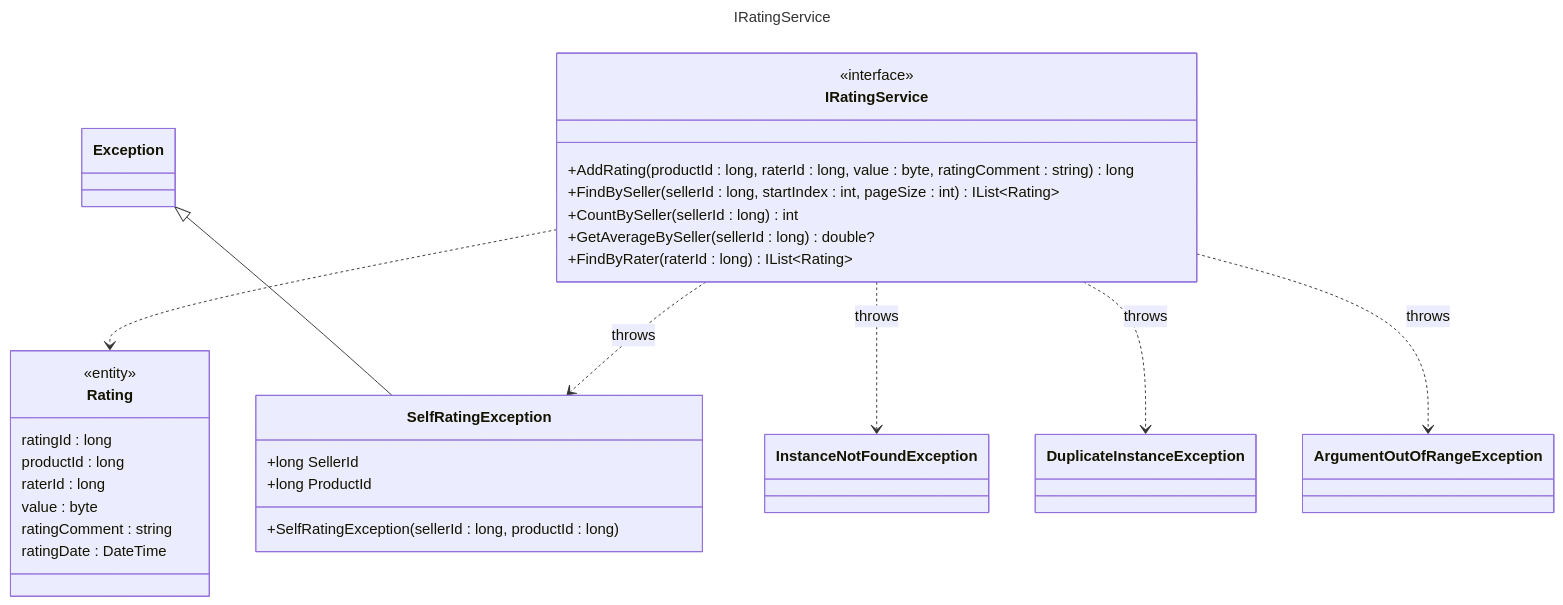
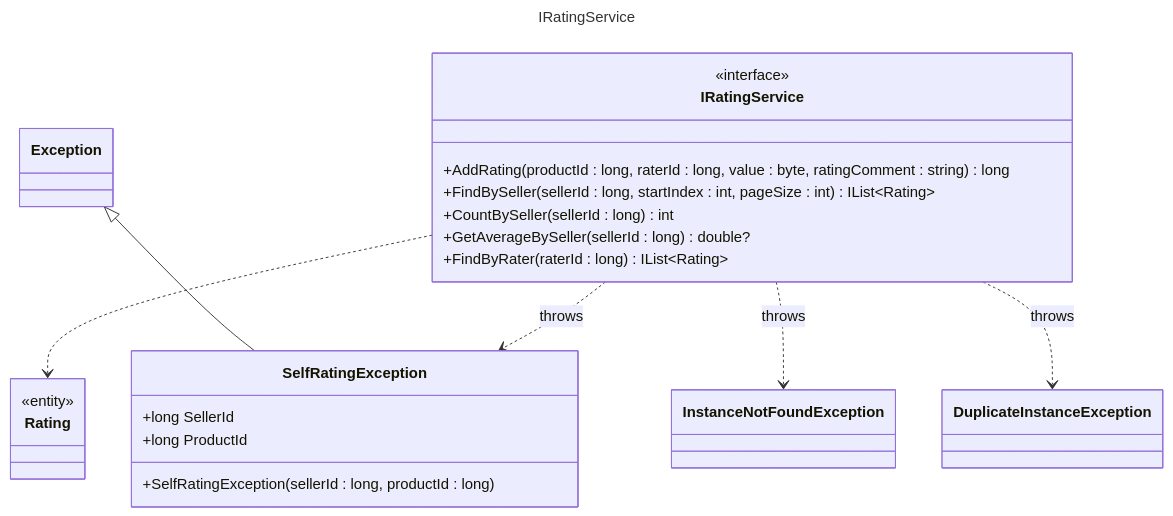
One commit to Martinhdeez/memoria-trustify-preview changed the fifth of 11 diagrams in README.md. Above: the diagram before and after it, drawn with Mermaid. The commit also changed other lines of this file, not shown here.

Commit message:
Simplificar arquitectura global y diagramas de servicios

````diff
--- a/README.md
+++ b/README.md
@@ -303,36 +266,29 @@
 ```mermaid
 ---
 title: IRatingService
 ---
 classDiagram
     class IRatingService {
         <<interface>>
         +AddRating(productId : long, raterId : long, value : byte, ratingComment : string) long
         +FindBySeller(sellerId : long, startIndex : int, pageSize : int) IList~Rating~
         +CountBySeller(sellerId : long) int
         +GetAverageBySeller(sellerId : long) double?
         +FindByRater(raterId : long) IList~Rating~
     }
     class Rating {
         <<entity>>
-        ratingId : long
-        productId : long
-        raterId : long
-        value : byte
-        ratingComment : string
-        ratingDate : DateTime
     }
     class SelfRatingException {
         +long SellerId
         +long ProductId
         +SelfRatingException(sellerId : long, productId : long)
     }
     class Exception
 
     Exception <|-- SelfRatingException
     IRatingService ..> Rating
     IRatingService ..> SelfRatingException : throws
     IRatingService ..> InstanceNotFoundException : throws
     IRatingService ..> DuplicateInstanceException : throws
-    IRatingService ..> ArgumentOutOfRangeException : throws
 ```
````
